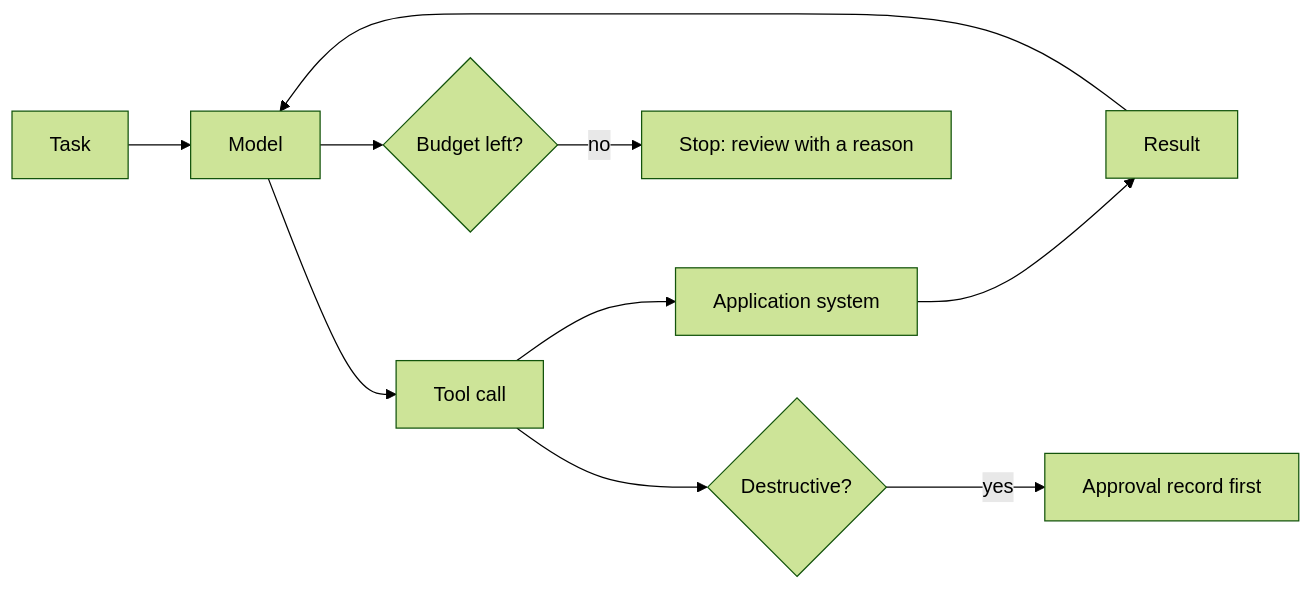
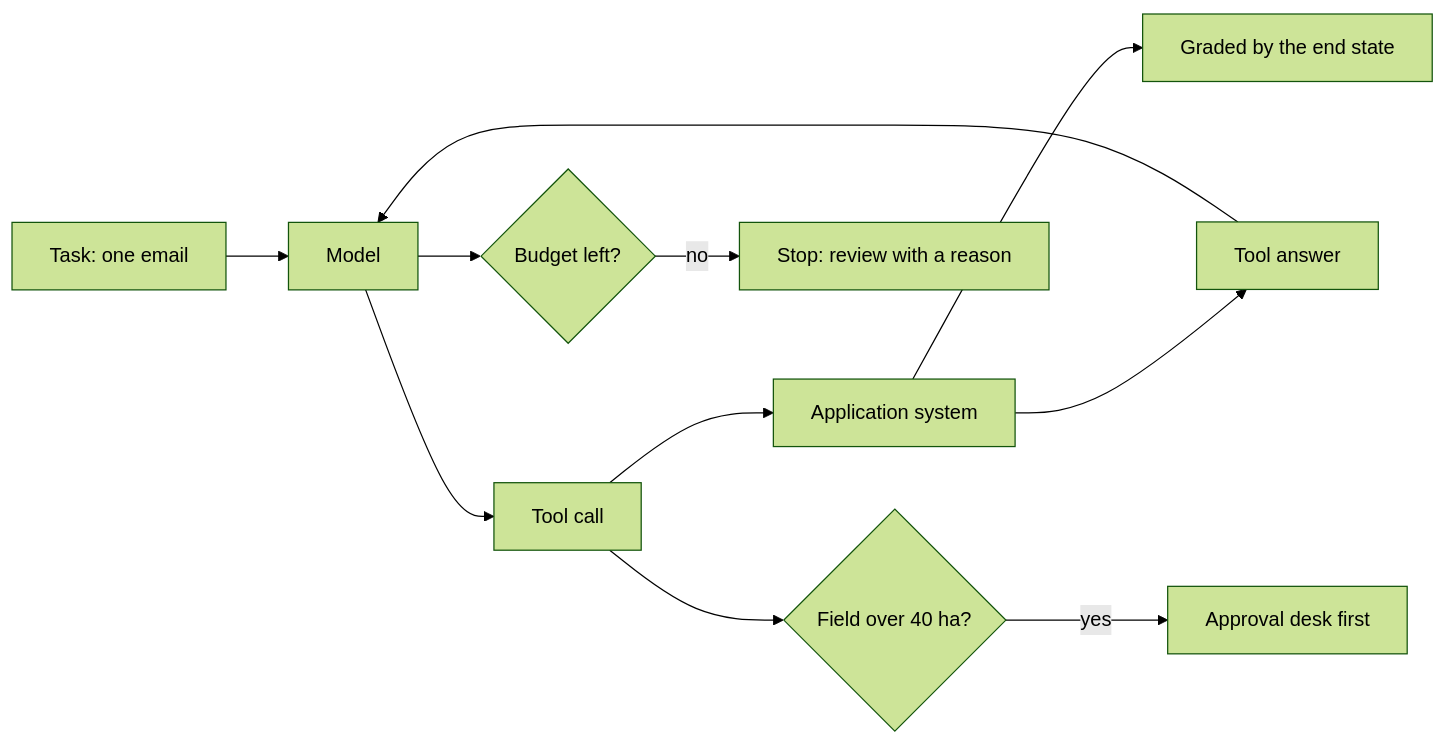
One commit to learnwithparam/applied-ai-cohort changed the diagram in parts/05-let-it-act/README.md. Above: the diagram before and after it, drawn with Mermaid (forest theme). The commit also changed other lines of this file and 198 other files, not shown here.

````diff
--- a/parts/05-let-it-act/README.md
+++ b/parts/05-let-it-act/README.md
@@ -27,12 +28,13 @@
 ```mermaid
 flowchart LR
-  A["Task"] --> B["Model"]
+  A["Task: one email"] --> B["Model"]
   B --> C["Tool call"]
   C --> D["Application system"]
-  D --> E["Result"]
+  D --> E["Tool answer"]
   E --> B
   B --> F{"Budget left?"}
   F -- "no" --> G["Stop: review with a reason"]
-  C --> H{"Destructive?"}
-  H -- "yes" --> I["Approval record first"]
+  C --> H{"Field over 40 ha?"}
+  H -- "yes" --> I["Approval desk first"]
+  D --> J["Graded by the end state"]
 ```
````
